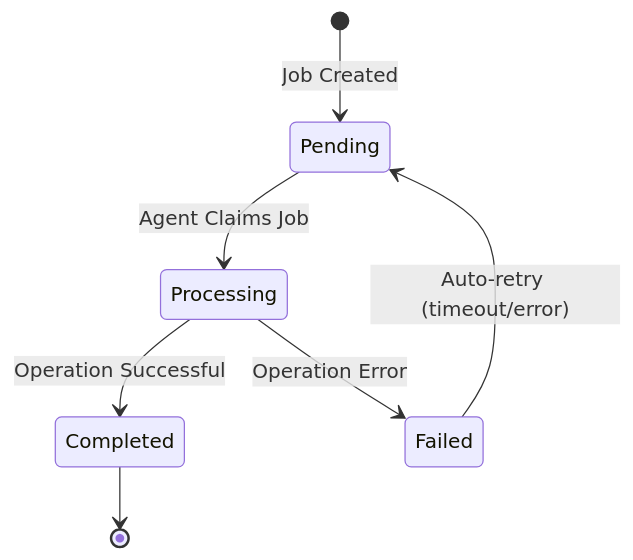
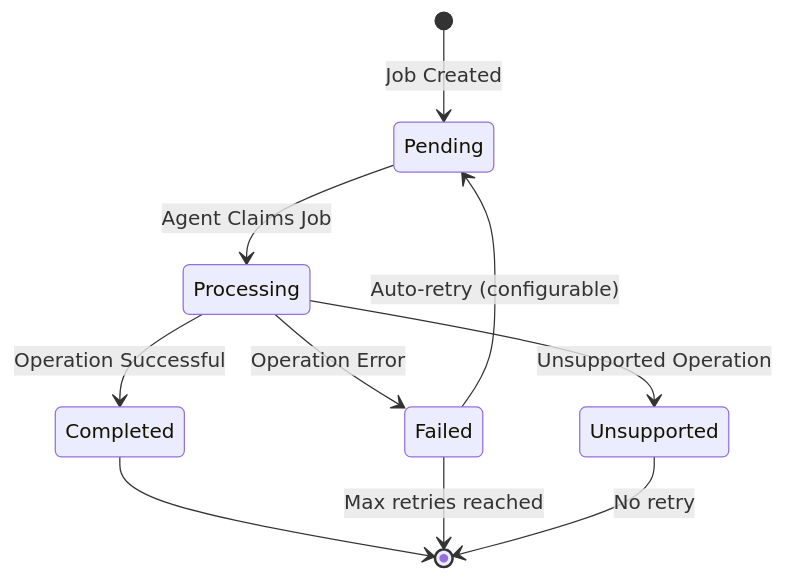
The sixth of 9 diagrams in docs/DESIGN.md (fulcrumproject/core), drawn with Mermaid before and after one commit. The commit also changed other lines of this file and 23 other files, not shown here.

````diff
--- a/docs/DESIGN.md
+++ b/docs/DESIGN.md
@@ -532,9 +533,12 @@
 ```mermaid
 stateDiagram-v2
     [*] --> Pending: Job Created
     Pending --> Processing: Agent Claims Job
     Processing --> Completed: Operation Successful
     Processing --> Failed: Operation Error
+    Processing --> Unsupported: Unsupported Operation
     Completed --> [*]
-    Failed --> Pending: Auto-retry (timeout/error)
+    Failed --> Pending: Auto-retry (configurable)
+    Failed --> [*]: Max retries reached
+    Unsupported --> [*]: No retry
 ```
````
